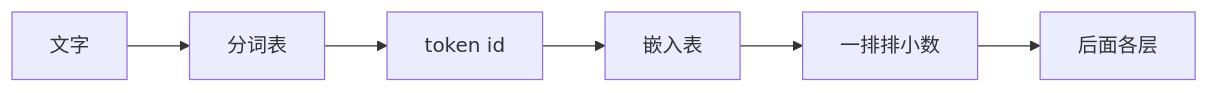
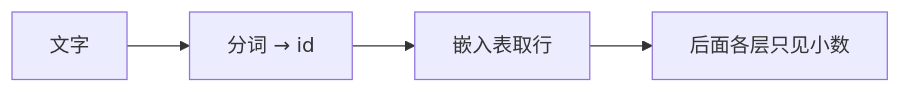
One commit to chaxus/arche changed the diagram in web/src/content/beginner/cn/embedding.md. Above: the diagram before and after it, drawn with Mermaid. The commit also changed other lines of this file and 3 other files, not shown here.

````diff
--- a/web/src/content/beginner/cn/embedding.md
+++ b/web/src/content/beginner/cn/embedding.md
@@ -29,8 +19,6 @@
 ```mermaid
 flowchart LR
-  text[文字] --> tok[分词表]
-  tok --> ids[token id]
-  ids --> emb[嵌入表]
-  emb --> vecs[一排排小数]
-  vecs --> rest[后面各层]
+  text[文字] --> tok[分词 → id]
+  tok --> emb[嵌入表取行]
+  emb --> rest[后面各层只见小数]
 ```
````
